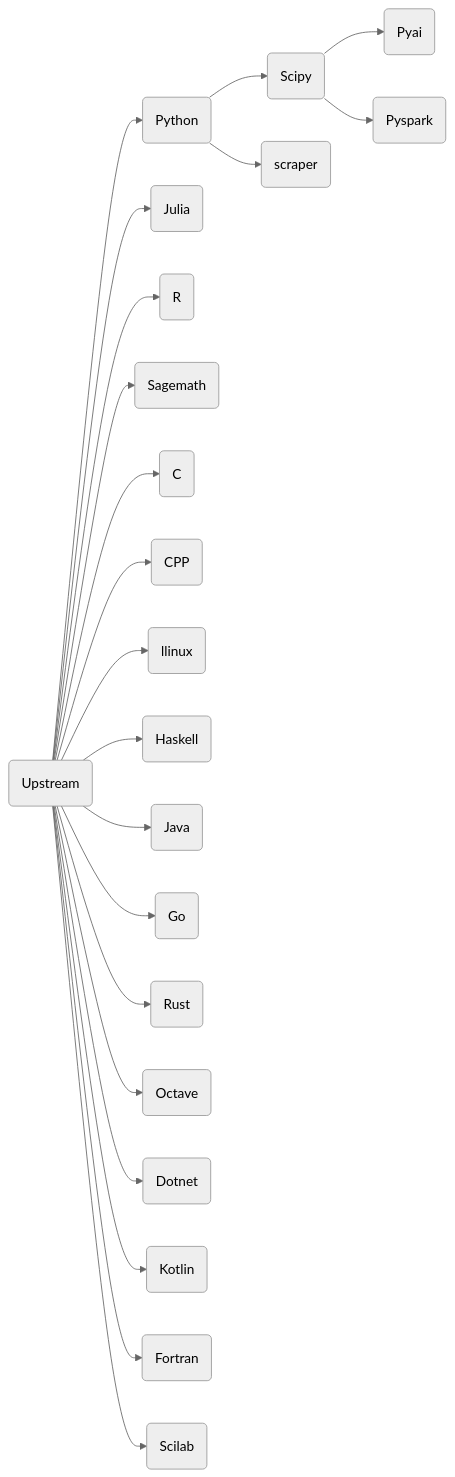
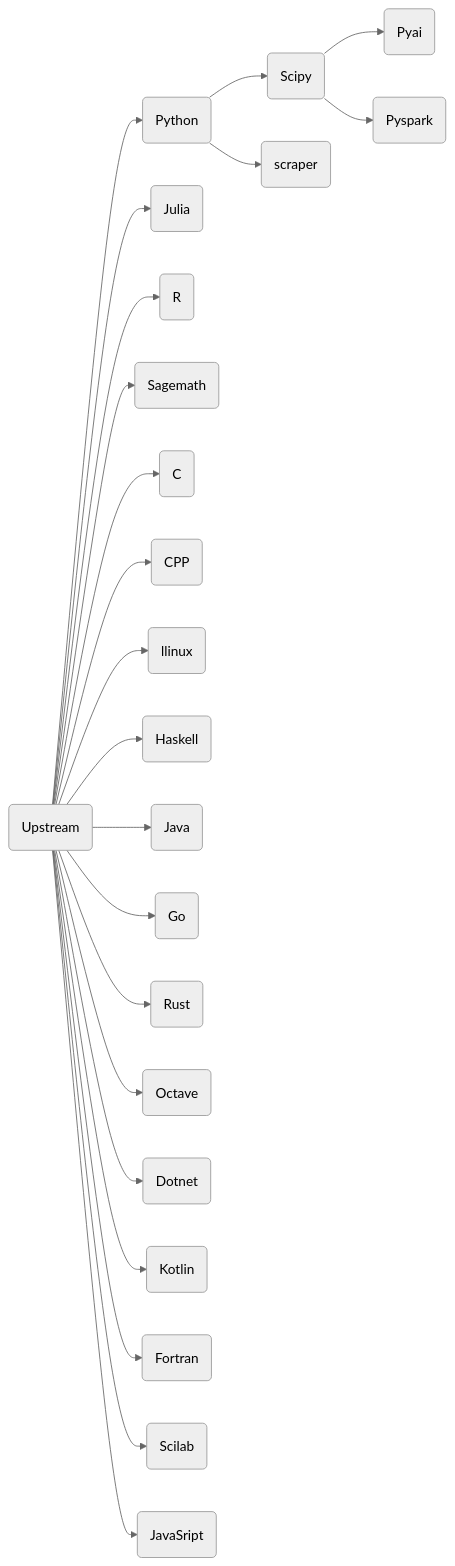
Before and after one commit to ben0i0d/jupyter-image-stacks: the diagram in README.md, drawn with Mermaid (neutral theme). The commit also changed other lines of this file and 2 other files, not shown here.

````diff
--- a/README.md
+++ b/README.md
@@ -141,23 +142,24 @@
 ```mermaid
 graph LR
 A(Upstream)-->B(Python)
 B-->C(Scipy)
 B-->D(scraper)
 C(Scipy)-->E(Pyai)  
 C(Scipy)-->F(Pyspark)  
 A-->G(Julia)
 A-->H(R)
 A-->I(Sagemath)
 A-->J(C)
 A-->K(CPP)
 A-->L(llinux)
 A-->M(Haskell)
 A-->N(Java)
 A-->O(Go)
 A-->P(Rust)
 A-->Q(Octave)
 A-->R(Dotnet)
 A-->S(Kotlin)
 A-->T(Fortran)
 A-->U(Scilab)
+A-->V(JavaSript)
 ```  
````
